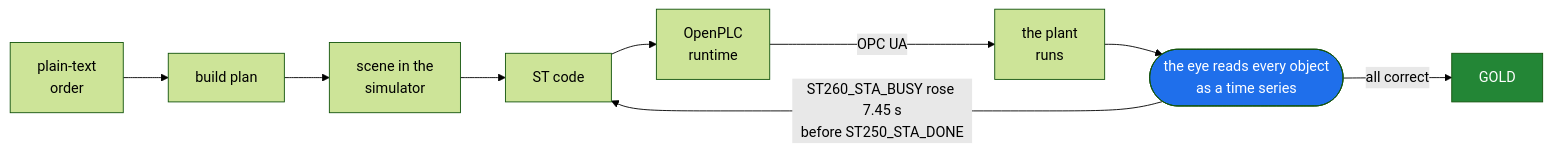
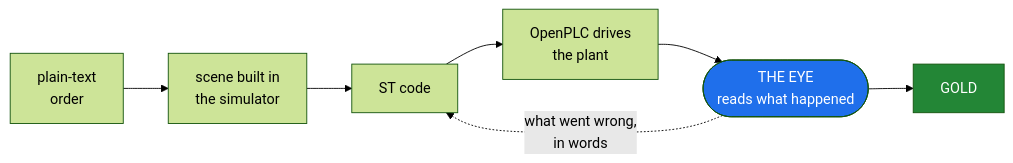
One commit to antonbj3/VC_Assist changed the first of 3 diagrams in docs/PRESENTATION_UTKAST.md. Above: the diagram before and after it, drawn with Mermaid (forest theme). The commit also changed other lines of this file, not shown here.

````diff
--- a/docs/PRESENTATION_UTKAST.md
+++ b/docs/PRESENTATION_UTKAST.md
@@ -13,14 +13,12 @@
 ```mermaid
 flowchart LR
-    A["plain-text<br/>order"] --> B["build plan"]
-    B --> C["scene in the<br/>simulator"]
-    C --> D["ST code"]
-    D --> E["OpenPLC<br/>runtime"]
-    E -->|OPC UA| F["the plant<br/>runs"]
-    F --> G(["the eye reads every object<br/>as a time series"])
-    G -->|all correct| H["GOLD"]
-    G -->|"ST260_STA_BUSY rose 7.45 s<br/>before ST250_STA_DONE"| D
+    A["plain-text<br/>order"] --> B["scene built in<br/>the simulator"]
+    B --> C["ST code"]
+    C --> D["OpenPLC drives<br/>the plant"]
+    D --> E(["THE EYE<br/>reads what happened"])
+    E --> F["GOLD"]
+    E -.->|"what went wrong,<br/>in words"| C
 
-    style G fill:#1f6feb,color:#fff
-    style H fill:#238636,color:#fff
+    style E fill:#1f6feb,color:#fff
+    style F fill:#238636,color:#fff
 ```
````
